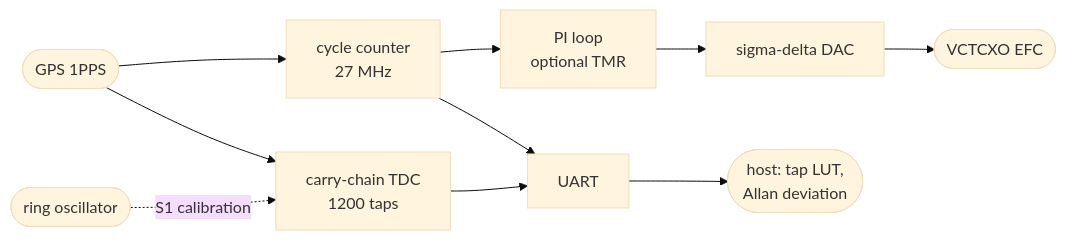
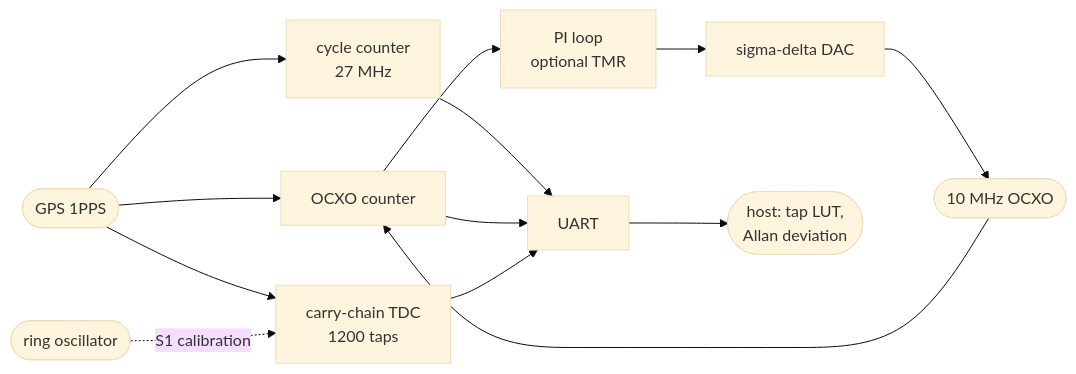
Before and after one commit to kfilipekk/fpga_gps_clock: the diagram in README.md, drawn with Mermaid (base theme). The commit also changed other lines of this file, not shown here.

Commit message:
readme: ocxo

````diff
--- a/README.md
+++ b/README.md
@@ -34,11 +36,14 @@
 ```mermaid
 flowchart LR
     gps([GPS 1PPS]) --> cnt[cycle counter<br/>27 MHz]
     gps --> tdc[carry-chain TDC<br/>1200 taps]
+    gps --> ocnt[OCXO counter]
+    ocxo([10 MHz OCXO]) --> ocnt
     ring([ring oscillator]) -. S1 calibration .-> tdc
-    cnt --> loop[PI loop<br/>optional TMR]
-    loop --> dac[sigma-delta DAC] --> efc([VCTCXO EFC])
+    ocnt --> loop[PI loop<br/>optional TMR]
+    loop --> dac[sigma-delta DAC] --> ocxo
     cnt --> uart[UART]
+    ocnt --> uart
     tdc --> uart
     uart --> host([host: tap LUT,<br/>Allan deviation])
 ```
````
